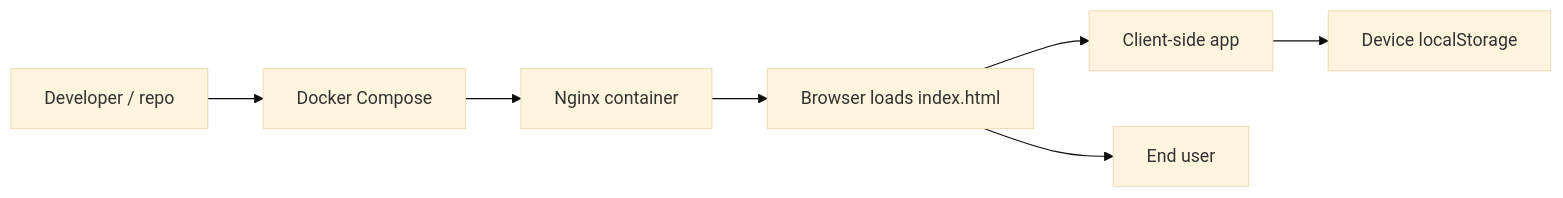
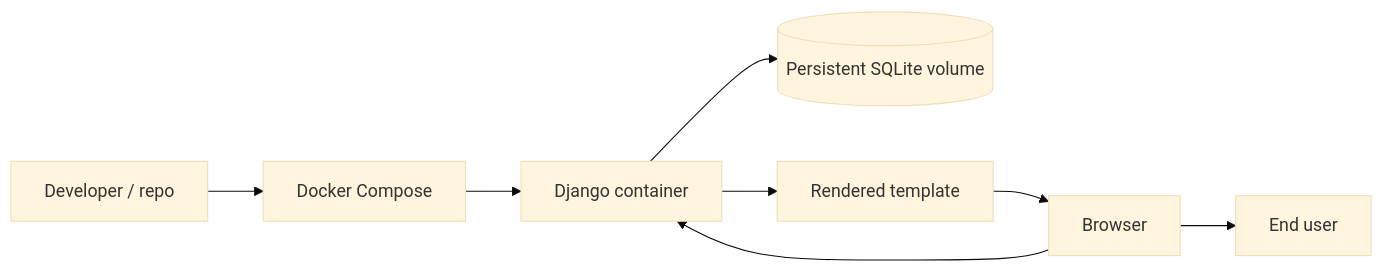
The seventh of 8 diagrams in ARCHITECTURE.md (jkleecloud/hackcarbonapp), drawn with Mermaid (base theme) before and after one commit. The commit also changed other lines of this file and 37 other files, not shown here.

````diff
--- a/ARCHITECTURE.md
+++ b/ARCHITECTURE.md
@@ -200,9 +210,10 @@
 ```mermaid
 flowchart LR
     Dev[Developer / repo] --> Compose[Docker Compose]
-    Compose --> Nginx[Nginx container]
-    Nginx --> Browser[Browser loads index.html]
-    Browser --> App[Client-side app]
-    App --> DeviceStorage[Device localStorage]
+    Compose --> Django[Django container]
+    Django --> SQLite[(Persistent SQLite volume)]
+    Browser[Browser] --> Django
+    Django --> Template[Rendered template]
+    Template --> Browser
     Browser --> User[End user]
 ```
````
